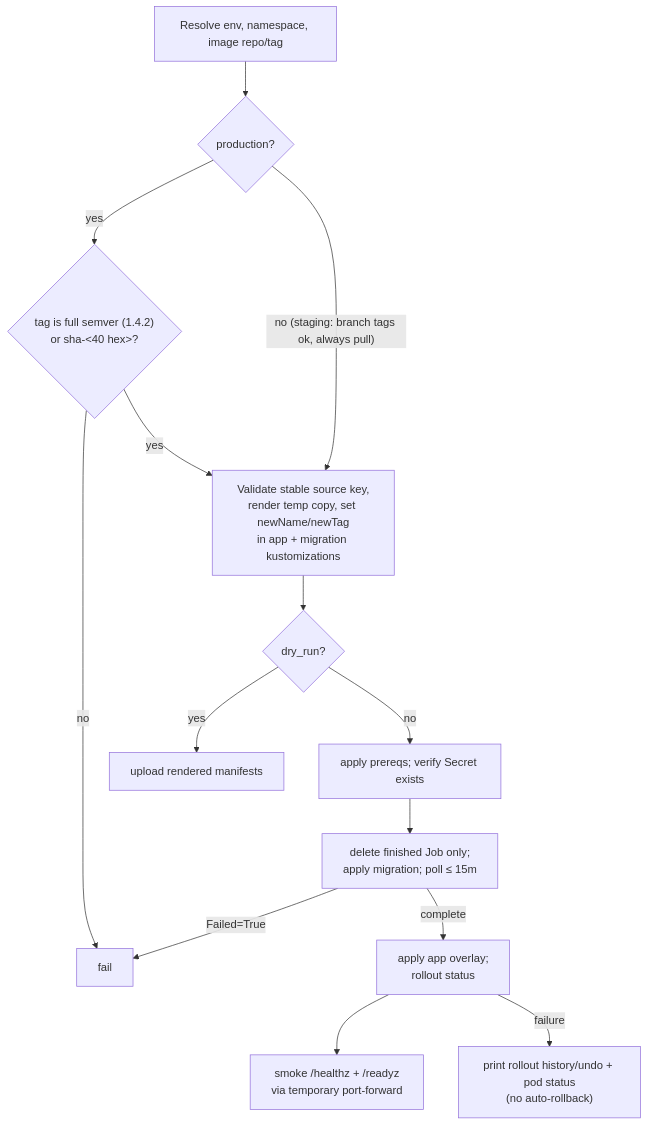
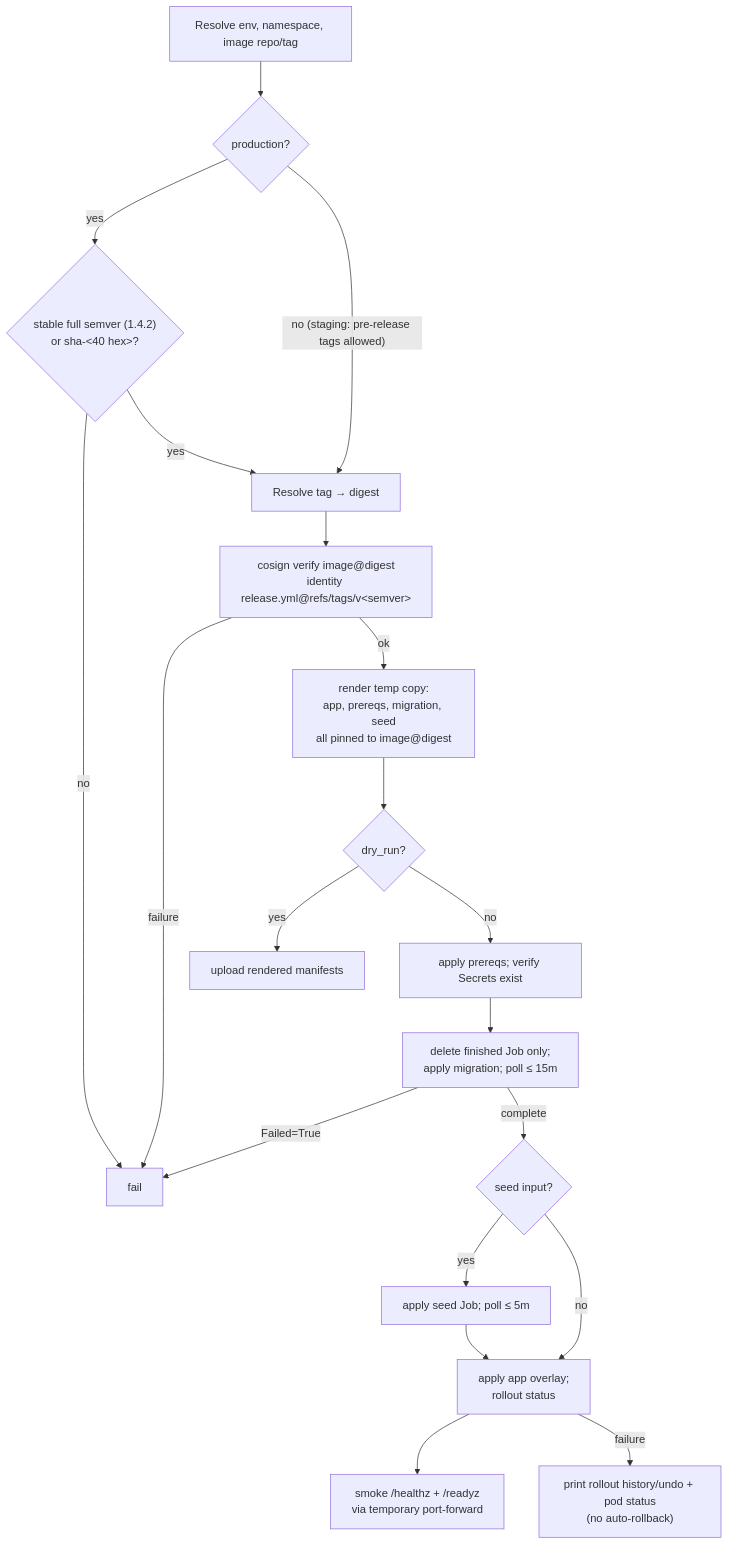
Before and after one commit to chuanghiduoc/fiber-golang-boilerplate: the fourth of 4 diagrams in deploy/k8s/README.md, drawn with Mermaid. The commit also changed other lines of this file and 76 other files, not shown here.

Commit message:
fix(platform): Redis TTL, signed-digest deploys, fail-closed RLS scope, DB hardening, seed job (#129)

````diff
--- a/deploy/k8s/README.md
+++ b/deploy/k8s/README.md
@@ -406,16 +464,22 @@
 ```mermaid
 flowchart TD
     A["Resolve env, namespace, image repo/tag"] --> B{"production?"}
-    B -- yes --> C{"tag is full semver (1.4.2)<br/>or sha-&lt;40 hex&gt;?"}
+    B -- yes --> C{"stable full semver (1.4.2)<br/>or sha-&lt;40 hex&gt;?"}
     C -- no --> X[fail]
     C -- yes --> D
-    B -- "no (staging: branch tags ok, always pull)" --> D["Validate stable source key,<br/>render temp copy, set newName/newTag<br/>in app + migration kustomizations"]
-    D --> E{dry_run?}
-    E -- yes --> R[upload rendered manifests]
-    E -- no --> F["apply prereqs; verify Secret exists"]
+    B -- "no (staging: pre-release tags allowed)" --> D["Resolve tag → digest"]
+    D --> V["cosign verify image@digest<br/>identity release.yml@refs/tags/v&lt;semver&gt;"]
+    V -- failure --> X
+    V -- ok --> R["render temp copy:<br/>app, prereqs, migration, seed<br/>all pinned to image@digest"]
+    R --> E{dry_run?}
+    E -- yes --> U[upload rendered manifests]
+    E -- no --> F["apply prereqs; verify Secrets exist"]
     F --> G["delete finished Job only;<br/>apply migration; poll ≤ 15m"]
     G -- "Failed=True" --> X
-    G -- complete --> H["apply app overlay;<br/>rollout status"]
+    G -- complete --> S{"seed input?"}
+    S -- yes --> T["apply seed Job; poll ≤ 5m"]
+    S -- no --> H
+    T --> H["apply app overlay;<br/>rollout status"]
     H --> I["smoke /healthz + /readyz<br/>via temporary port-forward"]
     H -- failure --> Y["print rollout history/undo + pod status<br/>(no auto-rollback)"]
 ```
````
